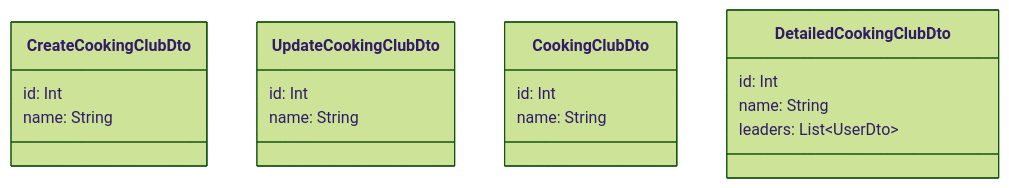
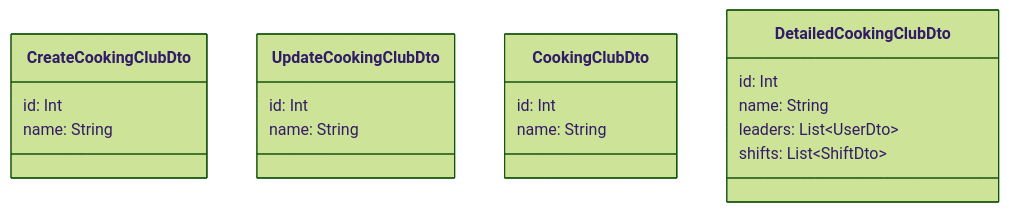
The third of 9 diagrams in Upgrade backend TERV.md (kir-dev/foodex-web), drawn with Mermaid (forest theme) before and after one commit. The commit also changed other lines of this file, not shown here.

````diff
--- a/Upgrade backend TERV.md
+++ b/Upgrade backend TERV.md
@@ -68,24 +63,25 @@
 ```mermaid
 classDiagram
 
 class CreateCookingClubDto {
     id: Int
     name: String
 }
 
 class UpdateCookingClubDto {
     id: Int
     name: String
 }
 
 class CookingClubDto {
     id: Int
     name: String
 }
 
 class DetailedCookingClubDto {
     id: Int
     name: String
     leaders: List&lt;UserDto&gt;
+    shifts: List&lt;ShiftDto&gt;
 }
 ```
````
